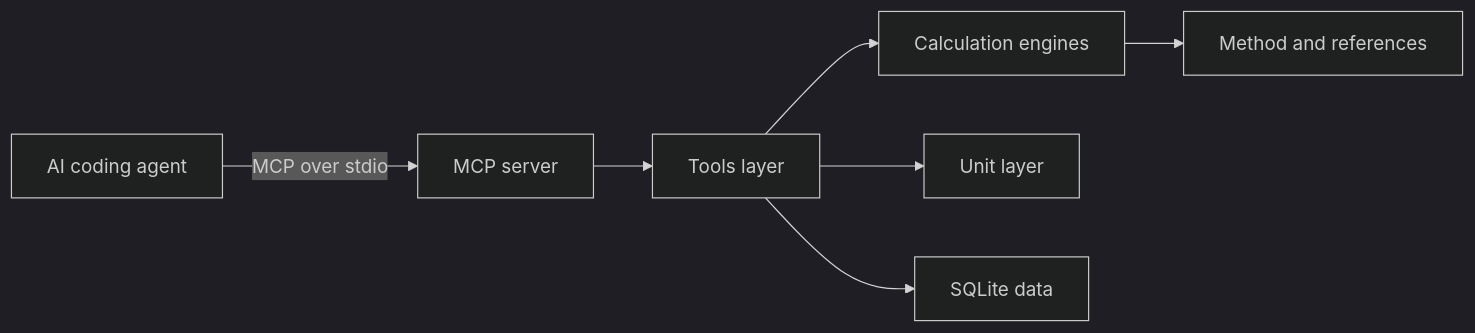
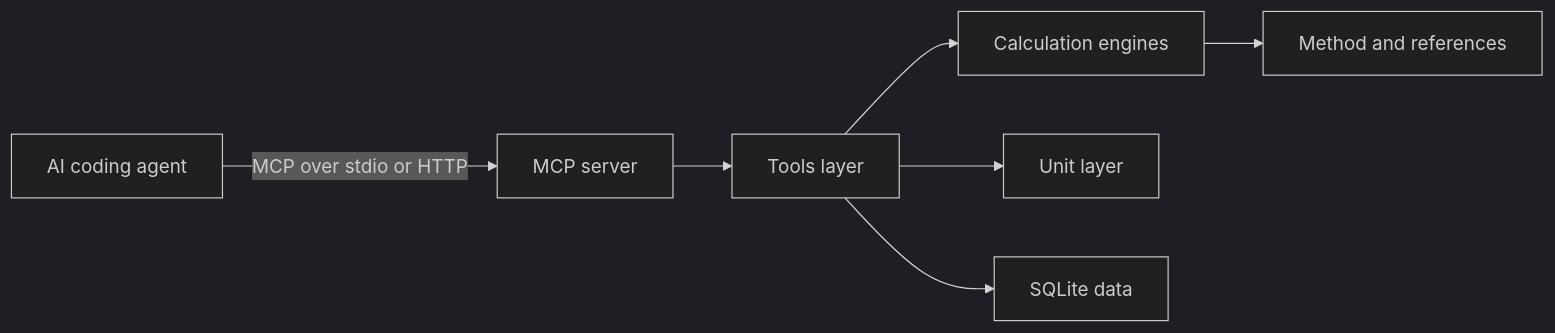
The diagram in README.md (DanielCuevas1208/engineer-mcp), drawn with Mermaid (dark theme) before and after one commit. The commit also changed other lines of this file and 11 other files, not shown here.

````diff
--- a/README.md
+++ b/README.md
@@ -75,9 +78,9 @@
 ```mermaid
 flowchart LR
-  Agent[AI coding agent] -->|MCP over stdio| Server[MCP server]
+  Agent[AI coding agent] -->|MCP over stdio or HTTP| Server[MCP server]
   Server --> Tools[Tools layer]
   Tools --> Engines[Calculation engines]
   Tools --> Units[Unit layer]
   Tools --> Db[SQLite data]
   Engines --> Provenance[Method and references]
 ```
````
